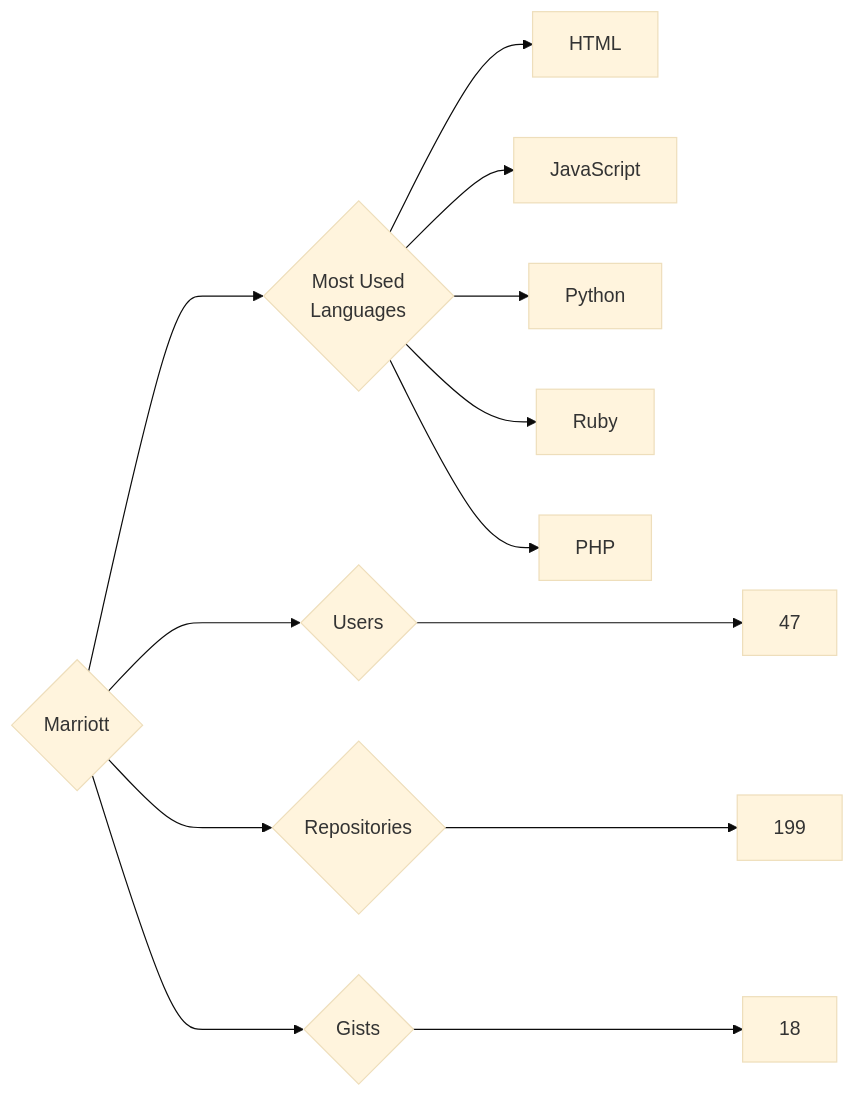
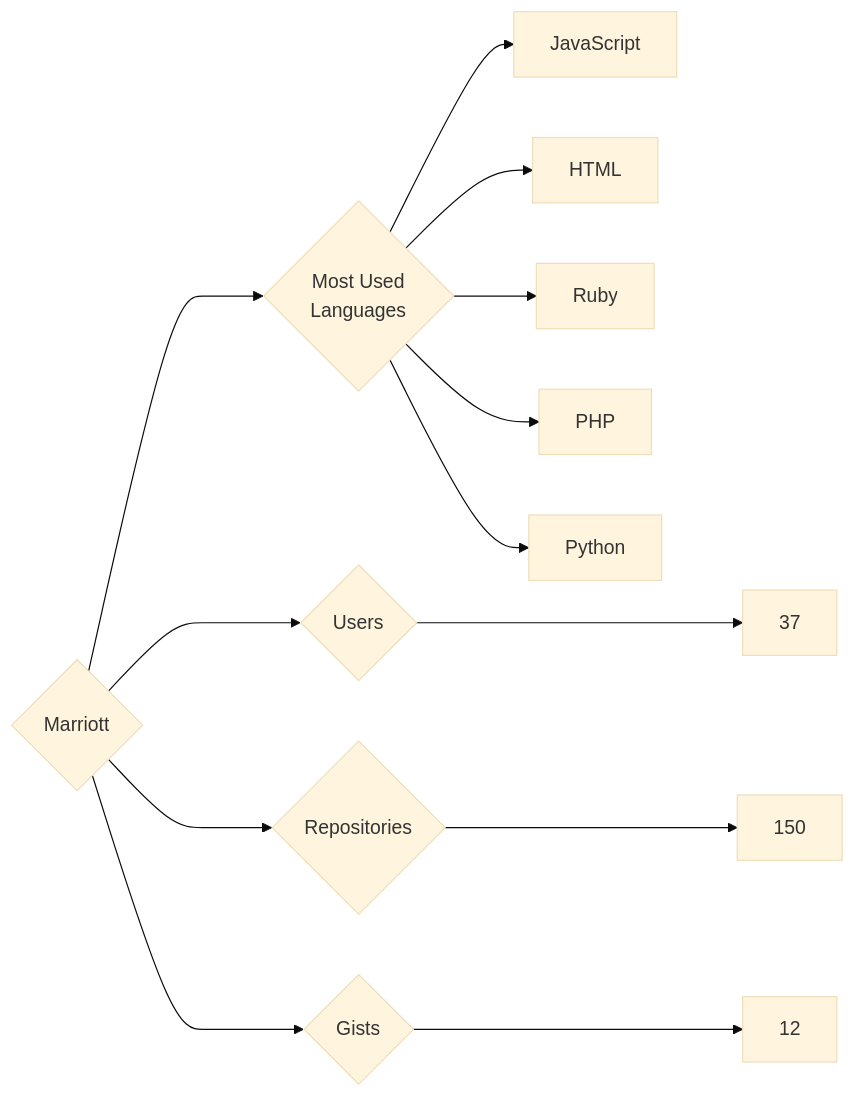
Before and after one commit to trickest/insiders: the diagram in targets/Marriott/README.md, drawn with Mermaid (base theme). The commit also changed 1011 other files, not shown here.

````diff
--- a/targets/Marriott/README.md
+++ b/targets/Marriott/README.md
@@ -3,13 +3,13 @@
 ```mermaid
 graph LR
 COMPANY_NAME{Marriott}
-COMPANY_NAME ---> U{Users} ---> UN[47]
-COMPANY_NAME ---> R{Repositories} ---> RN[199]
-COMPANY_NAME ---> G{Gists} ---> GN[18]
+COMPANY_NAME ---> U{Users} ---> UN[37]
+COMPANY_NAME ---> R{Repositories} ---> RN[150]
+COMPANY_NAME ---> G{Gists} ---> GN[12]
 COMPANY_NAME ---> ML{Most Used<br>Languages}
+ML --> JavaScript[JavaScript]
 ML --> HTML[HTML]
-ML --> JavaScript[JavaScript]
-ML --> Python[Python]
 ML --> Ruby[Ruby]
 ML --> PHP[PHP]
+ML --> Python[Python]
 ```
````
